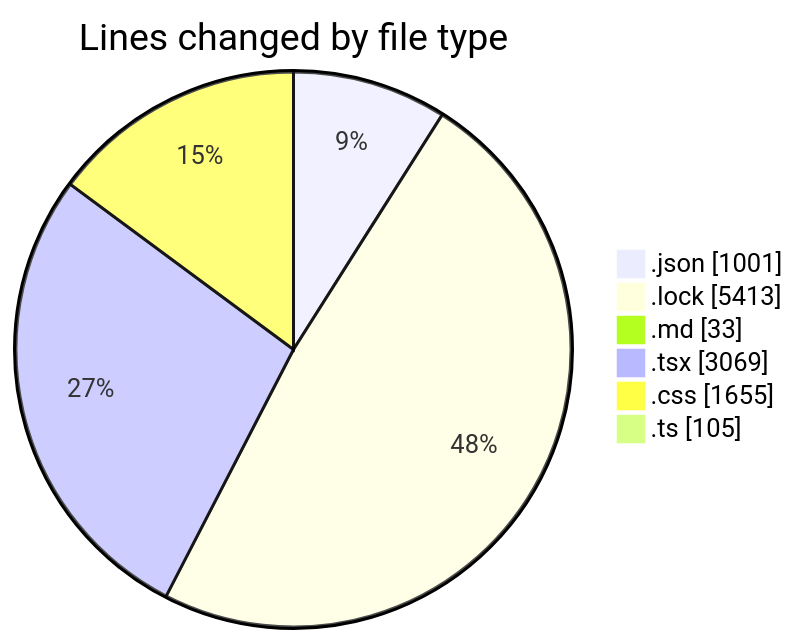
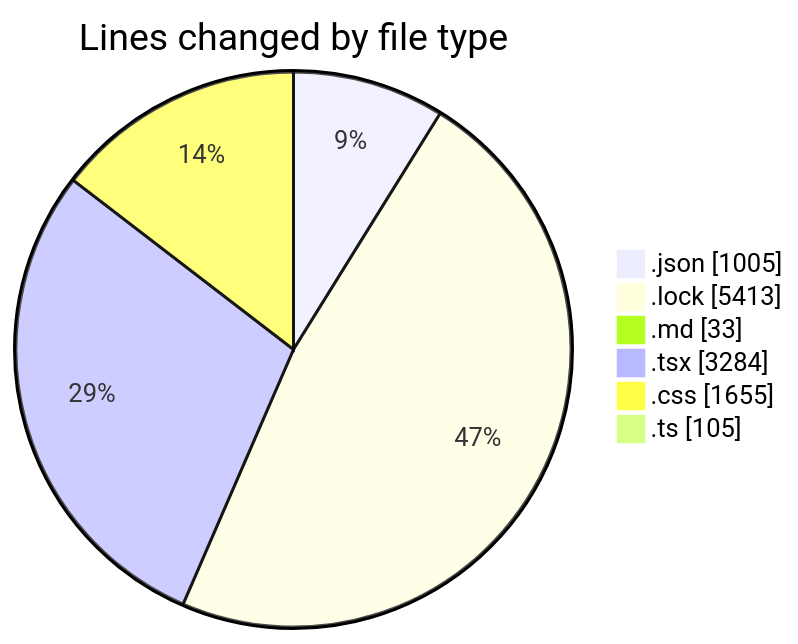
The first of 2 diagrams in 2025-08-11/ribbon/README.md (EIIisD/code-tracking), drawn with Mermaid before and after one commit. The commit also changed other lines of this file and 1 other file, not shown here.

````diff
--- a/2025-08-11/ribbon/README.md
+++ b/2025-08-11/ribbon/README.md
@@ -44,10 +45,10 @@
 ```mermaid
 pie showData
 title Lines changed by file type
-".json" : 1001
+".json" : 1005
 ".lock" : 5413
 ".md" : 33
-".tsx" : 3069
+".tsx" : 3284
 ".css" : 1655
 ".ts" : 105
 ```
````
